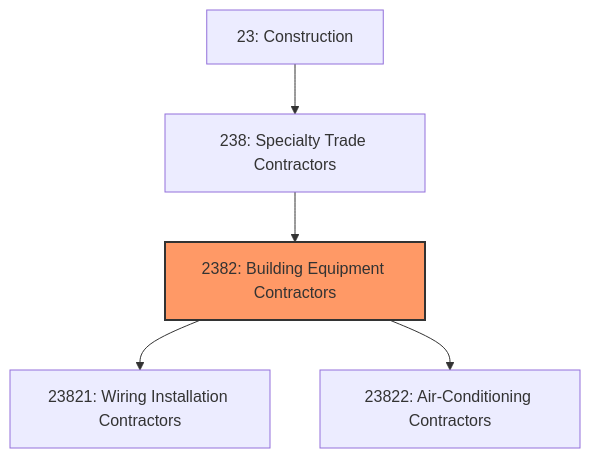
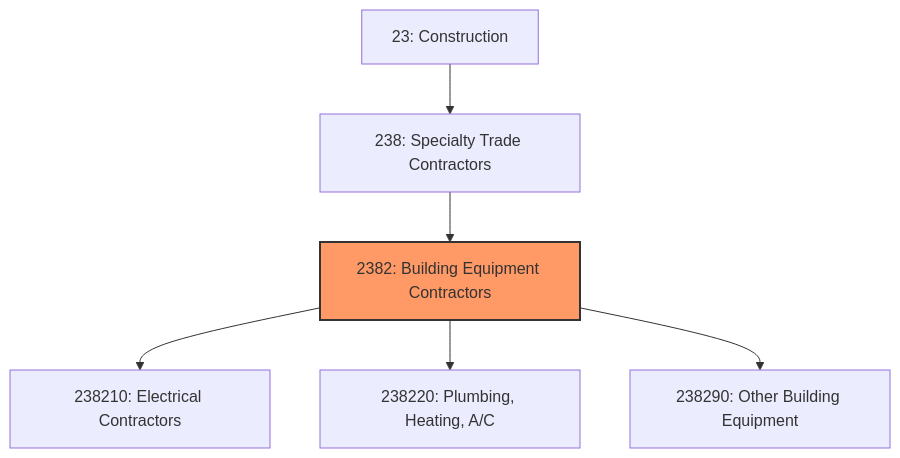
The first of 3 diagrams in industries/Construction/SpecialtyTradeContractors/BuildingEquipmentContractors/index.mdx (kziemski/business.org.ai), drawn with Mermaid before and after one commit. The commit also changed other lines of this file and 20 other files, not shown here.

````diff
--- a/industries/Construction/SpecialtyTradeContractors/BuildingEquipmentContractors/index.mdx
+++ b/industries/Construction/SpecialtyTradeContractors/BuildingEquipmentContractors/index.mdx
@@ -22,9 +35,10 @@
 ```mermaid
 graph TD
     S23["23: Construction"]
     S23 --> N238["238: Specialty Trade Contractors"]
     N238 --> N2382["2382: Building Equipment Contractors"]
     style N2382 fill:#f96,stroke:#333,stroke-width:2px
-    N2382 --> N23821["23821: Wiring Installation Contractors"]
-    N2382 --> N23822["23822: Air-Conditioning Contractors"]
+    N2382 --> N23821["238210: Electrical Contractors"]
+    N2382 --> N23822["238220: Plumbing, Heating, A/C"]
+    N2382 --> N23829["238290: Other Building Equipment"]
 ```
````
